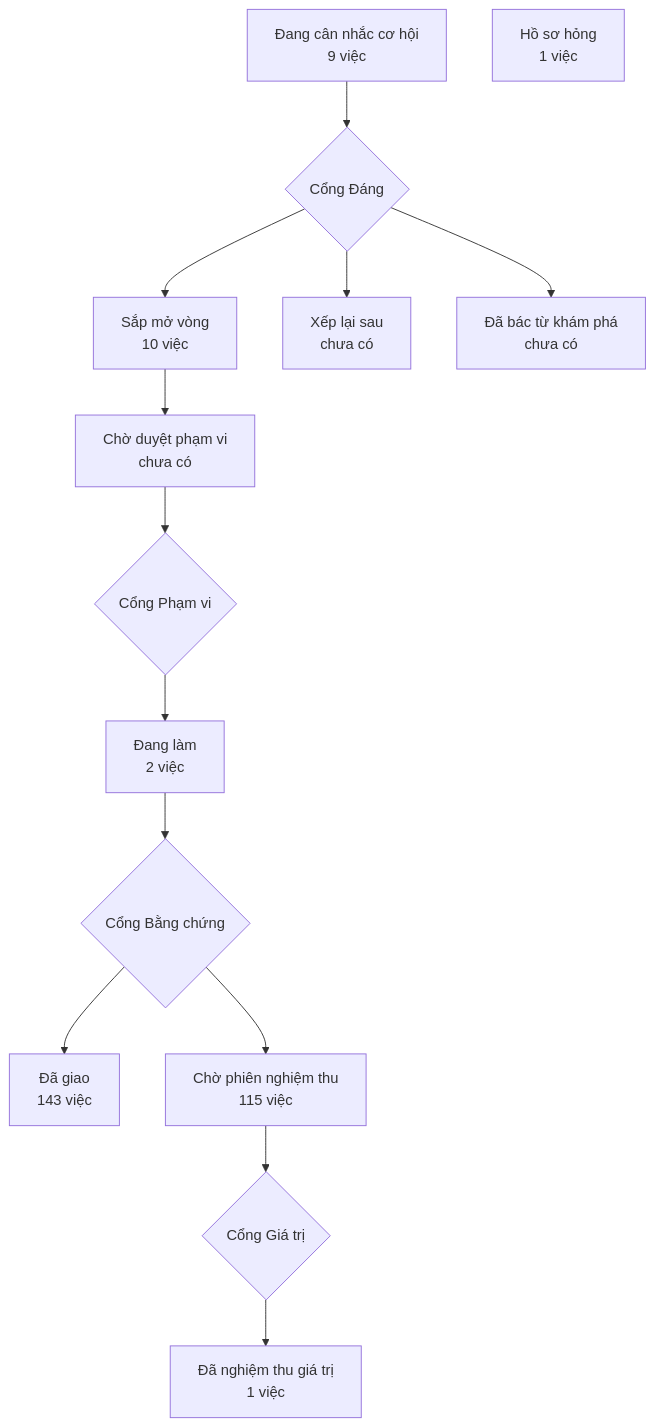
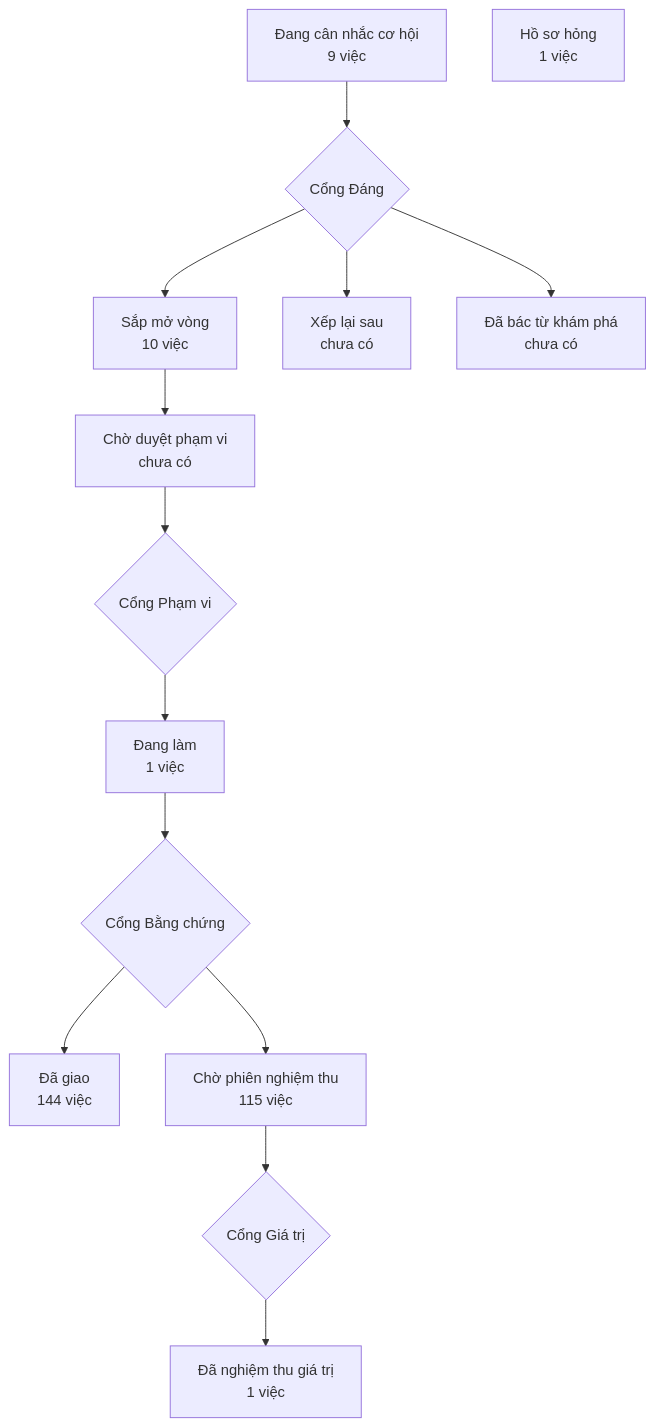
The diagram in PRODUCT-MAP.md (phanlemanh/crm-onehub), drawn with Mermaid before and after one commit. The commit also changed 3 other files, not shown here.

````diff
--- a/PRODUCT-MAP.md
+++ b/PRODUCT-MAP.md
@@ -7,13 +7,13 @@
 ```mermaid
 flowchart TD
   A["Đang cân nhắc cơ hội<br/>9 việc"] --> GD{"Cổng Đáng"}
   GD --> B["Sắp mở vòng<br/>10 việc"]
   GD --> XL["Xếp lại sau<br/>chưa có"]
   GD --> DB["Đã bác từ khám phá<br/>chưa có"]
   B --> CD["Chờ duyệt phạm vi<br/>chưa có"] --> GP{"Cổng Phạm vi"}
-  GP --> DL["Đang làm<br/>2 việc"] --> GB{"Cổng Bằng chứng"}
-  GB --> DG["Đã giao<br/>143 việc"]
+  GP --> DL["Đang làm<br/>1 việc"] --> GB{"Cổng Bằng chứng"}
+  GB --> DG["Đã giao<br/>144 việc"]
   GB --> CN["Chờ phiên nghiệm thu<br/>115 việc"] --> GG{"Cổng Giá trị"}
   GG --> NT["Đã nghiệm thu giá trị<br/>1 việc"]
   HS["Hồ sơ hỏng<br/>1 việc"]
 ```
````
